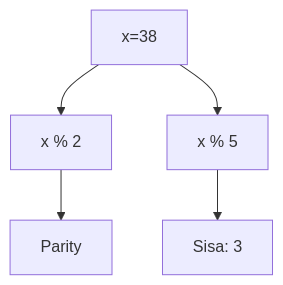
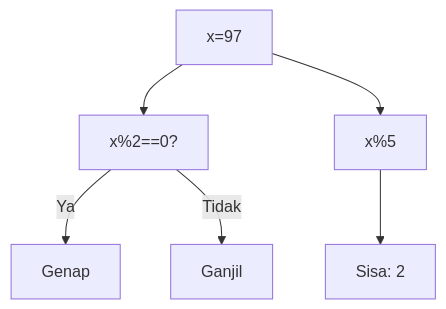
Before and after one commit to amnahwaida/OSNK_INF_PREP: diagram 14 of 25 in part-c-pemahaman-cpp/06-bitwise/latihan/set-04.md, drawn with Mermaid. The commit also changed other lines of this file and 71 other files, not shown here.

Commit message:
Fixed Mermaid syntax lexical errors with quoted labels in 1,800 questions

````diff
--- a/part-c-pemahaman-cpp/06-bitwise/latihan/set-04.md
+++ b/part-c-pemahaman-cpp/06-bitwise/latihan/set-04.md
@@ -356,7 +433,8 @@
 ```mermaid
 graph TD
-A[x=38] --> B[x % 2]
-B --> C[Parity]
-A --> D[x % 5]
-D --> E[Sisa: 3]
+A["x=97"] --> B["x%2==0?"]
+B -- Ya --> C["Genap"]
+B -- Tidak --> D["Ganjil"]
+A --> E["x%5"]
+E --> F["Sisa: 2"]
 ```
````
